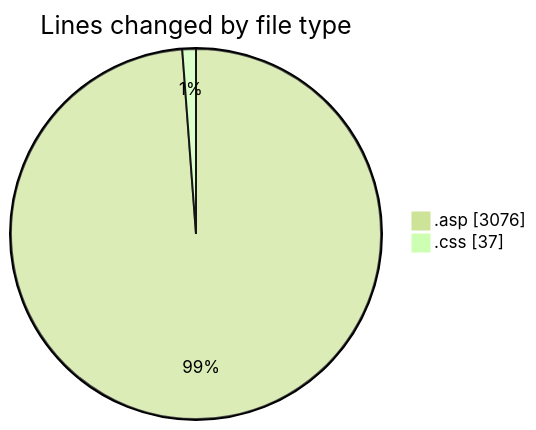
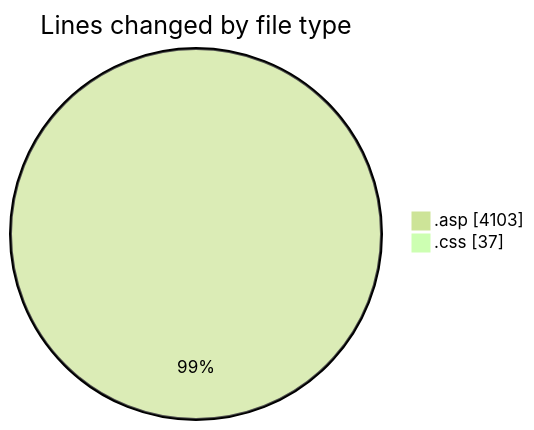
The first of 2 diagrams in 2025-11-02/cdp_aleoudev_fr__workspace_/README.md (julien-gomy/code-tracking), drawn with Mermaid (forest theme) before and after one commit. The commit also changed other lines of this file and 1 other file, not shown here.

````diff
--- a/2025-11-02/cdp_aleoudev_fr__workspace_/README.md
+++ b/2025-11-02/cdp_aleoudev_fr__workspace_/README.md
@@ -23,6 +24,6 @@
 ```mermaid
 pie showData
 title Lines changed by file type
-".asp" : 3076
+".asp" : 4103
 ".css" : 37
 ```
````
